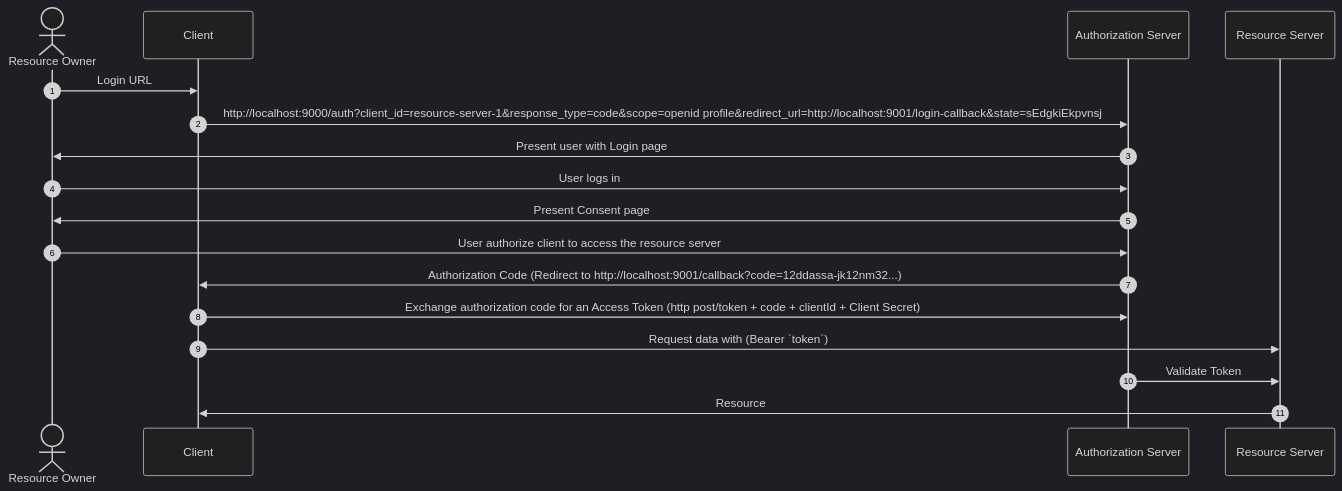
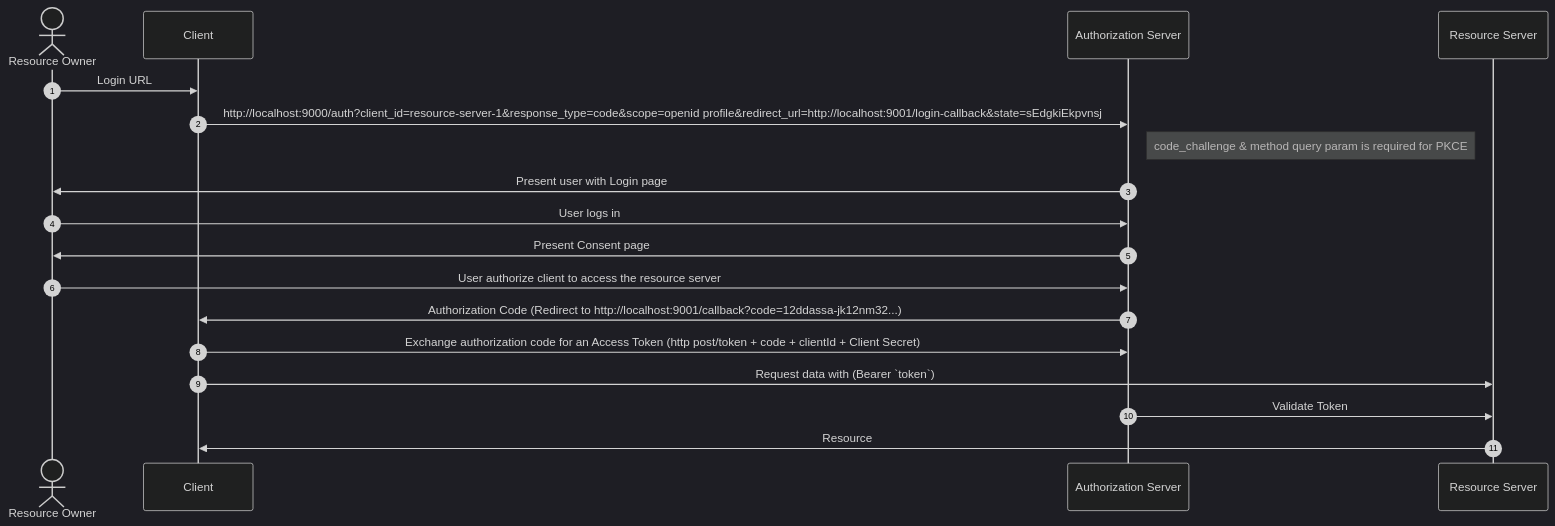
One commit to m-thirumal/oauth-authorization-server changed the diagram in docs/index.md. Above: the diagram before and after it, drawn with Mermaid (dark theme).

````diff
--- a/docs/index.md
+++ b/docs/index.md
@@ -9,20 +9,21 @@
 ``` mermaid
 sequenceDiagram
   actor O AS  Resource Owner
   participant C AS Client
   participant A AS Authorization Server
   participant R AS Resource Server
   autonumber
   O->>C: Login URL
   C->>A: http://localhost:9000/auth?client_id=resource-server-1&response_type=code&scope=openid profile&redirect_url=http://localhost:9001/login-callback&state=sEdgkiEkpvnsj
+  Note right of A: code_challenge & method query param is required for PKCE
   A->>O: Present user with Login page
   O->>A: User logs in
   A->>O: Present Consent page
   O->>A: User authorize client to access the resource server
   A->>C: Authorization Code (Redirect to http://localhost:9001/callback?code=12ddassa-jk12nm32...)
   C->>A: Exchange authorization code for an Access Token (http post/token + code + clientId + Client Secret)
   C->>R: Request data with (Bearer `token`)
   A->>R: Validate Token
   R->>C: Resource
 
 ```
````
